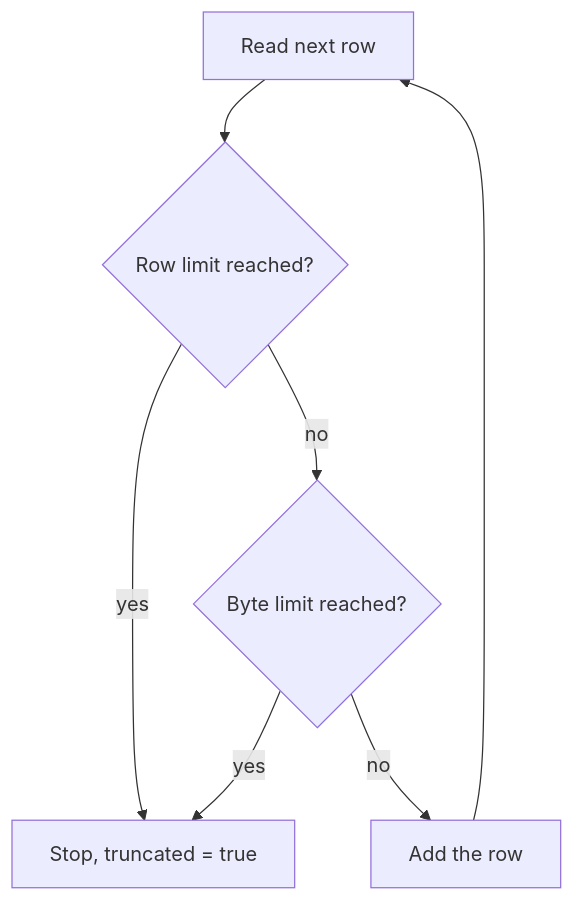
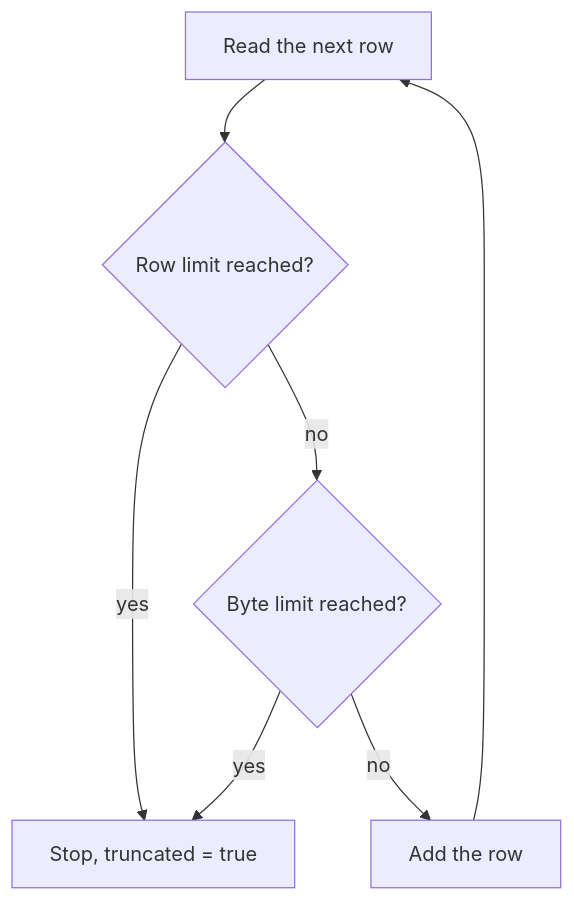
Before and after one commit to xakpc/sqlite-mcp-sidecar: the second of 2 diagrams in .lode/plans/design/toon-results.md, drawn with Mermaid. The commit also changed other lines of this file and 28 other files, not shown here.

````diff
--- a/.lode/plans/design/toon-results.md
+++ b/.lode/plans/design/toon-results.md
@@ -82,9 +84,9 @@
 ```mermaid
 flowchart TD
-    read[Read next row] --> rowc{Row limit reached?}
+    read[Read the next row] --> rowc{Row limit reached?}
     rowc -->|yes| trunc[Stop, truncated = true]
     rowc -->|no| bytec{Byte limit reached?}
     bytec -->|yes| trunc
     bytec -->|no| add[Add the row]
     add --> read
 ```
````
